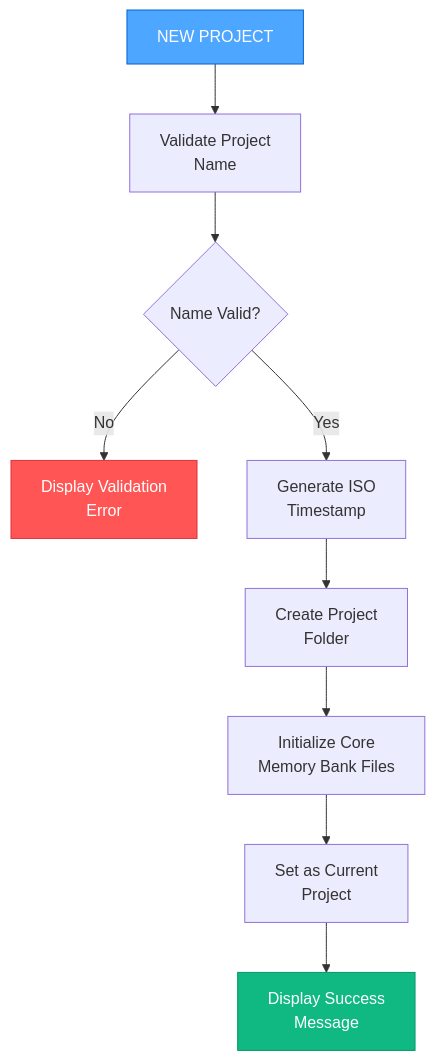
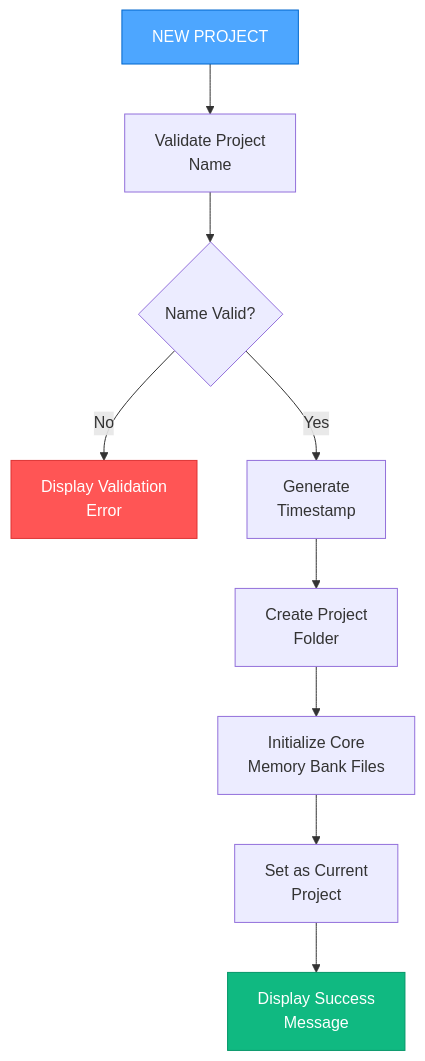
One commit to jedita/cursor-memory-bank changed the fourth of 4 diagrams in .cursor/rules/isolation_rules/visual-maps/van_mode_split/van-qa-utils/project-commands.mdc. Above: the diagram before and after it, drawn with Mermaid. The commit also changed other lines of this file and 10 other files, not shown here.

````diff
--- a/.cursor/rules/isolation_rules/visual-maps/van_mode_split/van-qa-utils/project-commands.mdc
+++ b/.cursor/rules/isolation_rules/visual-maps/van_mode_split/van-qa-utils/project-commands.mdc
@@ -421,15 +421,15 @@
 ```mermaid
 graph TD
     Start["NEW PROJECT <name>"] --> ValidateName["Validate Project<br>Name"]
-    ValidateName --> NameValid{"Name Valid?"}
-    NameValid -->|"No"| DisplayError["Display Validation<br>Error"]
-    NameValid -->|"Yes"| GenerateTimestamp["Generate ISO<br>Timestamp"]
+                ValidateName --> NameValid{"Name Valid?"}
+            NameValid -->|"No"| DisplayError["Display Validation<br>Error"]
+            NameValid -->|"Yes"| GenerateTimestamp["Generate<br>Timestamp"]
     GenerateTimestamp --> CreateFolder["Create Project<br>Folder"]
     CreateFolder --> InitializeFiles["Initialize Core<br>Memory Bank Files"]
     InitializeFiles --> SetAsCurrent["Set as Current<br>Project"]
     SetAsCurrent --> DisplaySuccess["Display Success<br>Message"]
     
     style Start fill:#4da6ff,stroke:#0066cc,color:white
     style DisplaySuccess fill:#10b981,stroke:#059669,color:white
     style DisplayError fill:#ff5555,stroke:#dd3333,color:white
 ```
````
